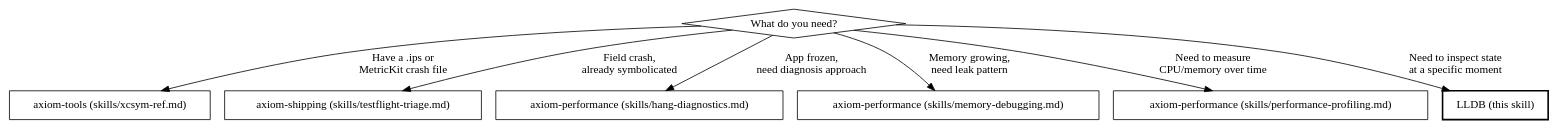
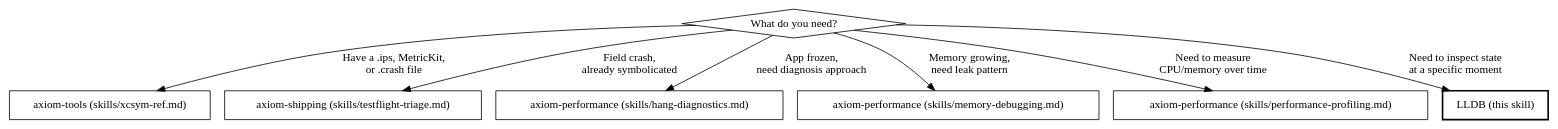
The diagram in axiom-codex/skills/axiom-build/skills/lldb.md (CharlesWiltgen/Axiom), drawn with Graphviz before and after one commit. The commit also changed other lines of this file and 22 other files, not shown here.

````diff
--- a/axiom-codex/skills/axiom-build/skills/lldb.md
+++ b/axiom-codex/skills/axiom-build/skills/lldb.md
@@ -28,19 +28,19 @@
 ```dot
 digraph tool_selection {
     "What do you need?" [shape=diamond];
 
     "axiom-tools (skills/xcsym-ref.md)" [shape=box];
     "axiom-shipping (skills/testflight-triage.md)" [shape=box];
     "axiom-performance (skills/hang-diagnostics.md)" [shape=box];
     "axiom-performance (skills/memory-debugging.md)" [shape=box];
     "axiom-performance (skills/performance-profiling.md)" [shape=box];
     "LLDB (this skill)" [shape=box, style=bold];
 
-    "What do you need?" -> "axiom-tools (skills/xcsym-ref.md)" [label="Have a .ips or\nMetricKit crash file"];
+    "What do you need?" -> "axiom-tools (skills/xcsym-ref.md)" [label="Have a .ips, MetricKit,\nor .crash file"];
     "What do you need?" -> "axiom-shipping (skills/testflight-triage.md)" [label="Field crash,\nalready symbolicated"];
     "What do you need?" -> "axiom-performance (skills/hang-diagnostics.md)" [label="App frozen,\nneed diagnosis approach"];
     "What do you need?" -> "axiom-performance (skills/memory-debugging.md)" [label="Memory growing,\nneed leak pattern"];
     "What do you need?" -> "axiom-performance (skills/performance-profiling.md)" [label="Need to measure\nCPU/memory over time"];
     "What do you need?" -> "LLDB (this skill)" [label="Need to inspect state\nat a specific moment"];
 }
 ```
````
